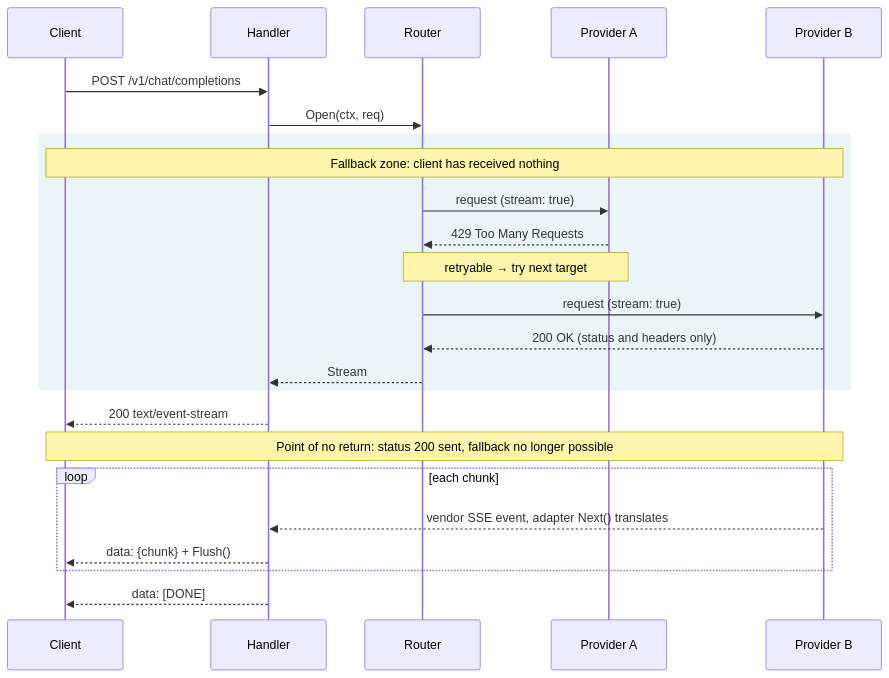
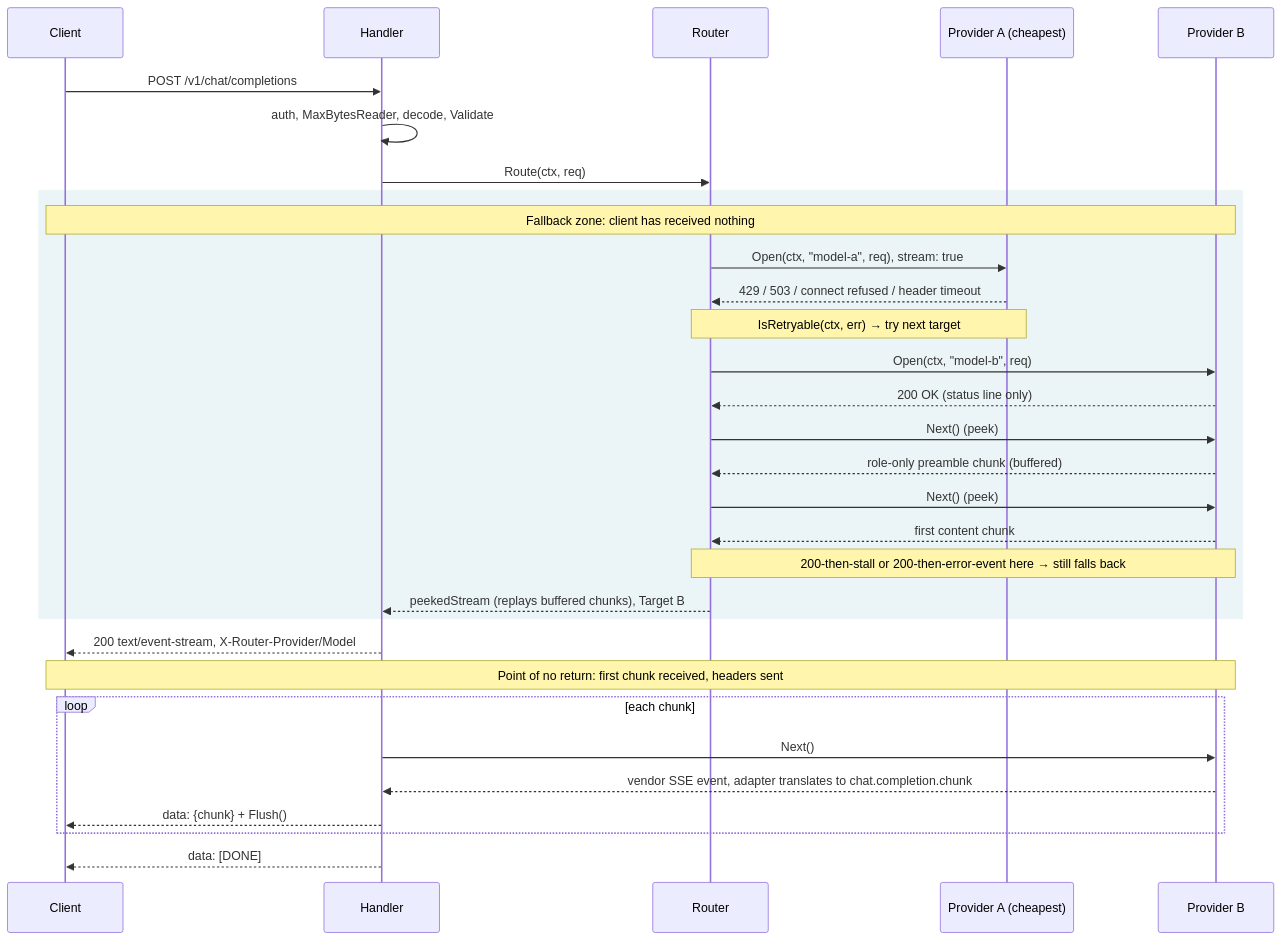
Before and after one commit to tulasi-gamidi/model-router: the second of 3 diagrams in architecture.md, drawn with Mermaid. The commit also changed other lines of this file and 2 other files, not shown here.

Commit message:
docs: README, architecture and CLAUDE.md in sync with implementation

````diff
--- a/architecture.md
+++ b/architecture.md
@@ -39,27 +63,34 @@
 ```mermaid
 sequenceDiagram
     participant C as Client
     participant H as Handler
     participant R as Router
-    participant A as Provider A
+    participant A as Provider A (cheapest)
     participant B as Provider B
 
     C->>H: POST /v1/chat/completions
-    H->>R: Open(ctx, req)
+    H->>H: auth, MaxBytesReader, decode, Validate
+    H->>R: Route(ctx, req)
     rect rgba(11, 110, 138, 0.08)
         Note over C,B: Fallback zone: client has received nothing
-        R->>A: request (stream: true)
-        A-->>R: 429 Too Many Requests
-        Note over R,A: retryable → try next target
-        R->>B: request (stream: true)
-        B-->>R: 200 OK (status and headers only)
-        R-->>H: Stream
+        R->>A: Open(ctx, "model-a", req), stream: true
+        A-->>R: 429 / 503 / connect refused / header timeout
+        Note over R,A: IsRetryable(ctx, err) → try next target
+        R->>B: Open(ctx, "model-b", req)
+        B-->>R: 200 OK (status line only)
+        R->>B: Next() (peek)
+        B-->>R: role-only preamble chunk (buffered)
+        R->>B: Next() (peek)
+        B-->>R: first content chunk
+        Note over R,B: 200-then-stall or 200-then-error-event here → still falls back
+        R-->>H: peekedStream (replays buffered chunks), Target B
     end
-    H-->>C: 200 text/event-stream
-    Note over C,B: Point of no return: status 200 sent, fallback no longer possible
+    H-->>C: 200 text/event-stream, X-Router-Provider/Model
+    Note over C,B: Point of no return: first chunk received, headers sent
     loop each chunk
-        B-->>H: vendor SSE event, adapter Next() translates
+        H->>B: Next()
+        B-->>H: vendor SSE event, adapter translates to chat.completion.chunk
         H-->>C: data: {chunk} + Flush()
     end
     H-->>C: data: [DONE]
 ```
````
